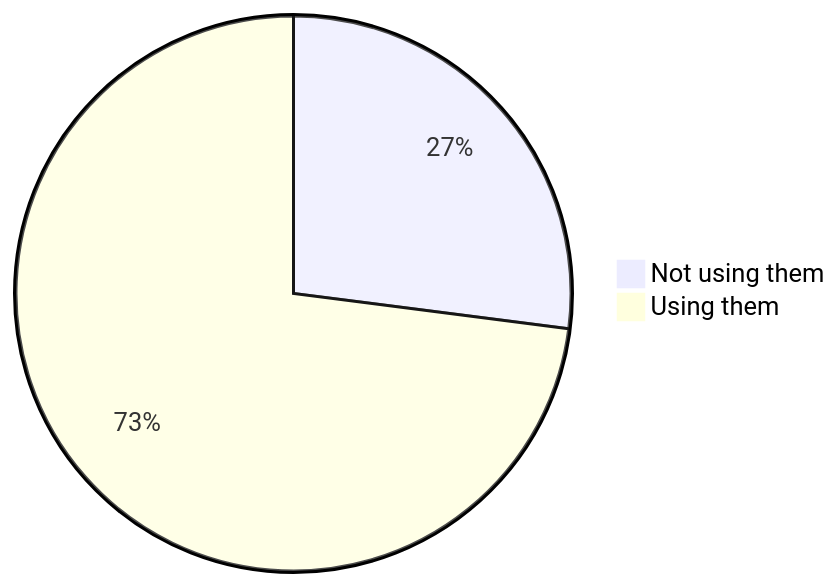
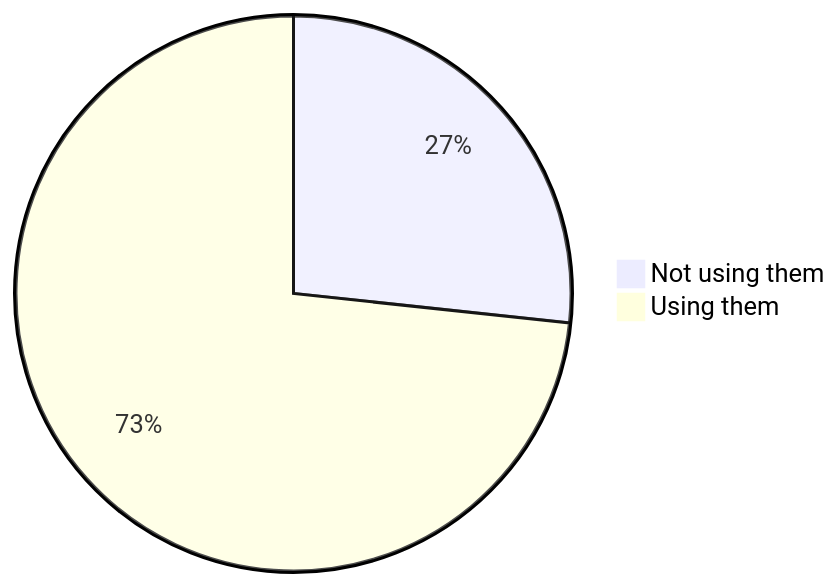
Before and after one commit to oshp/oshp-stats: the first of 22 diagrams in stats.md, drawn with Mermaid. The commit also changed other lines of this file, not shown here.

````diff
--- a/stats.md
+++ b/stats.md
@@ -10,6 +10,6 @@
 ```mermaid
 pie
-	"Not using them" : 27.03
-	"Using them" : 72.97
+	"Not using them" : 26.69
+	"Using them" : 73.31
 
 ```
````
